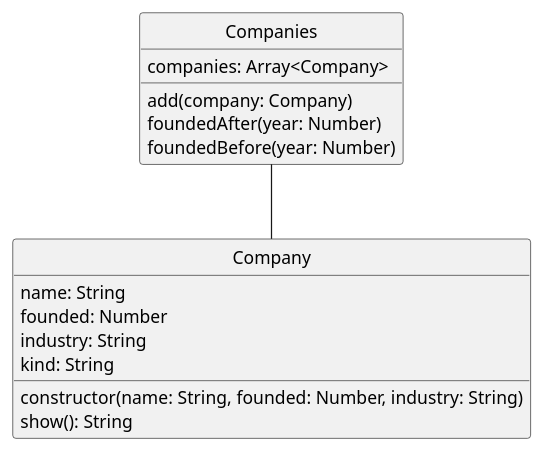
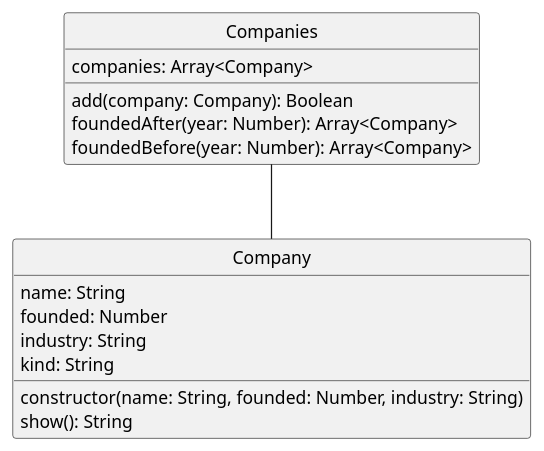
One commit to ifpb/javascript-guide changed the diagram in ecma/object/assets/object-company-collection.pu. Above: the diagram before and after it, drawn with PlantUML. The commit also changed 8 other files, not shown here.

```diff
--- a/ecma/object/assets/object-company-collection.pu
+++ b/ecma/object/assets/object-company-collection.pu
@@ -1,23 +1,23 @@
 @startuml
 skinparam classAttributeIconSize 0
 skinparam monochrome true
 hide circle
 
 class Company {
   name: String
   founded: Number
   industry: String
   kind: String
   constructor(name: String, founded: Number, industry: String)
   show(): String
 }
 
 class Companies {
   companies: Array<Company>
-  add(company: Company)
-  foundedAfter(year: Number)
-  foundedBefore(year: Number)
+  add(company: Company): Boolean
+  foundedAfter(year: Number): Array<Company>
+  foundedBefore(year: Number): Array<Company>
 }
 
 Companies -- Company
 @enduml
```
